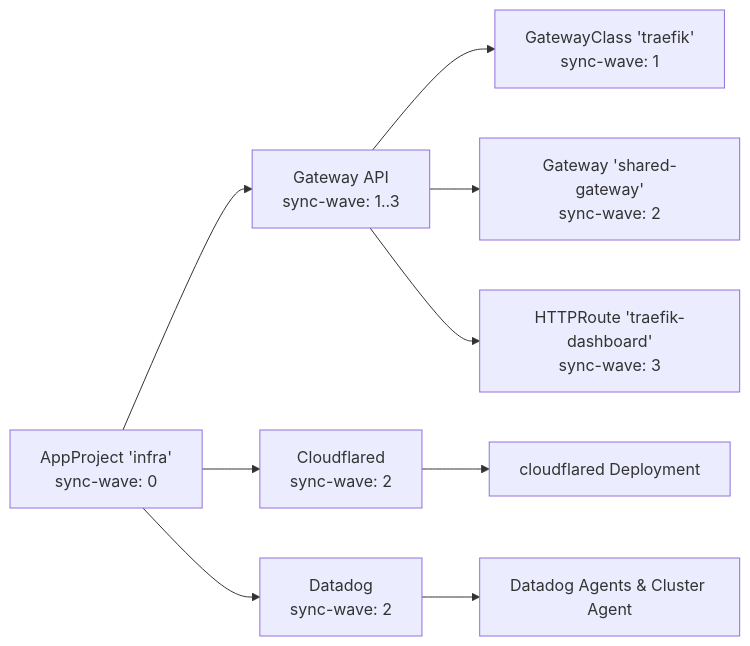
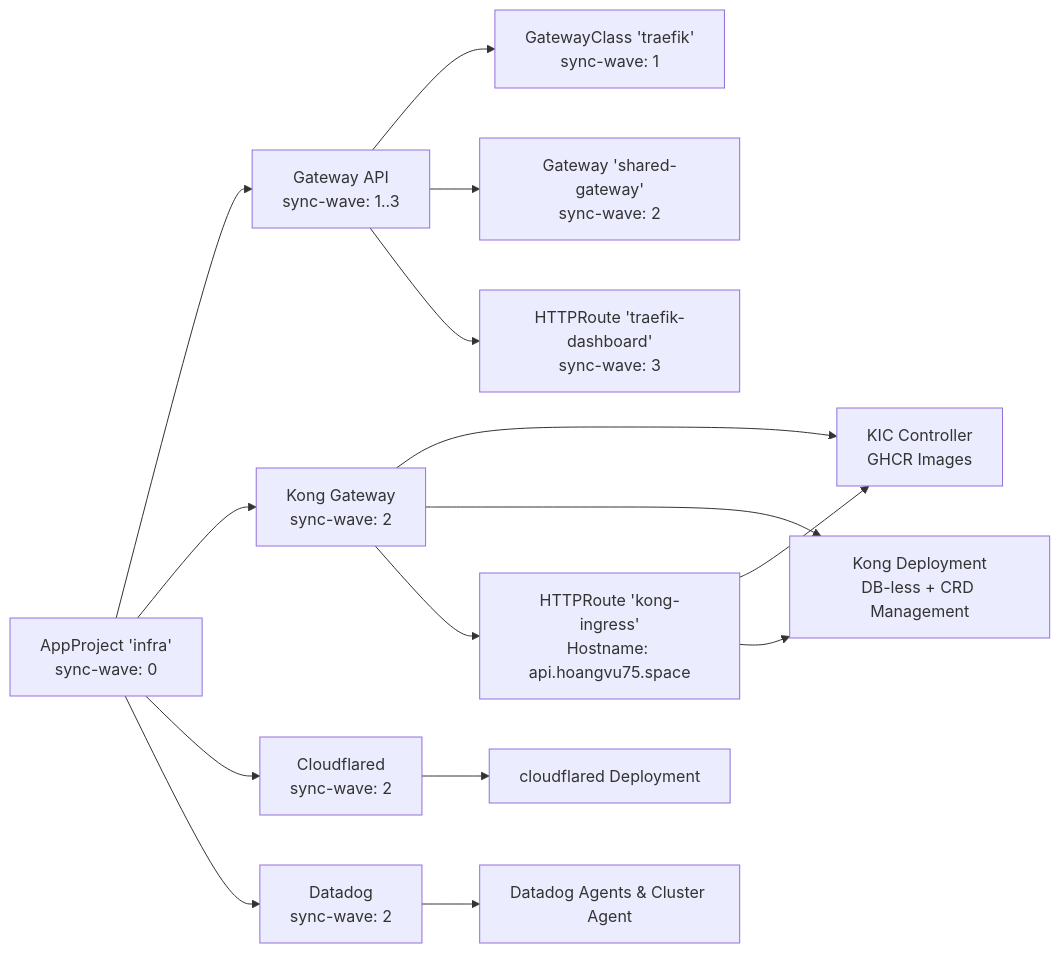
The seventh of 7 diagrams in .qoder/repowiki/en/content/Infrastructure Applications/Infrastructure Applications.md (Hoangvu75/k8s_manifest), drawn with Mermaid before and after one commit. The commit also changed other lines of this file and 4 other files, not shown here.

````diff
--- a/.qoder/repowiki/en/content/Infrastructure Applications/Infrastructure Applications.md
+++ b/.qoder/repowiki/en/content/Infrastructure Applications/Infrastructure Applications.md
@@ -271,11 +369,17 @@
 ```mermaid
 graph LR
 A["AppProject 'infra'<br/>sync-wave: 0"] --> B["Gateway API<br/>sync-wave: 1..3"]
-A --> C["Cloudflared<br/>sync-wave: 2"]
-A --> D["Datadog<br/>sync-wave: 2"]
+A --> C["Kong Gateway<br/>sync-wave: 2"]
+A --> D["Cloudflared<br/>sync-wave: 2"]
+A --> E["Datadog<br/>sync-wave: 2"]
 B --> B1["GatewayClass 'traefik'<br/>sync-wave: 1"]
 B --> B2["Gateway 'shared-gateway'<br/>sync-wave: 2"]
 B --> B3["HTTPRoute 'traefik-dashboard'<br/>sync-wave: 3"]
-C --> C1["cloudflared Deployment"]
-D --> D1["Datadog Agents & Cluster Agent"]
+C --> C1["KIC Controller<br/>GHCR Images"]
+C --> C2["Kong Deployment<br/>DB-less + CRD Management"]
+C --> C3["HTTPRoute 'kong-ingress'<br/>Hostname: api.hoangvu75.space"]
+D --> D1["cloudflared Deployment"]
+E --> E1["Datadog Agents & Cluster Agent"]
+C3 --> C1
+C3 --> C2
 ```
````
